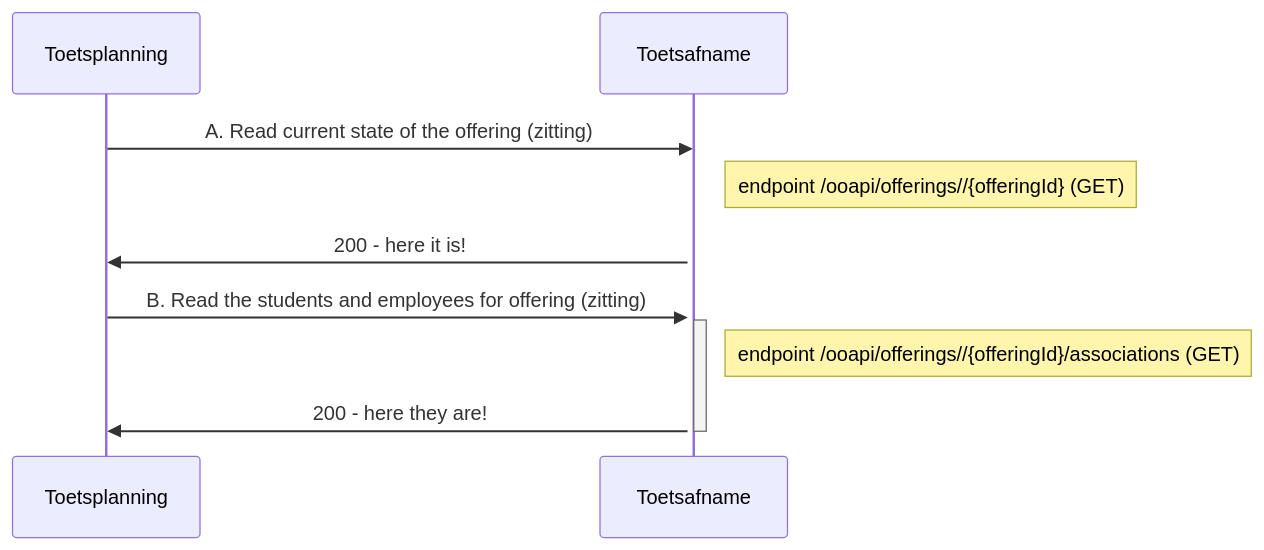
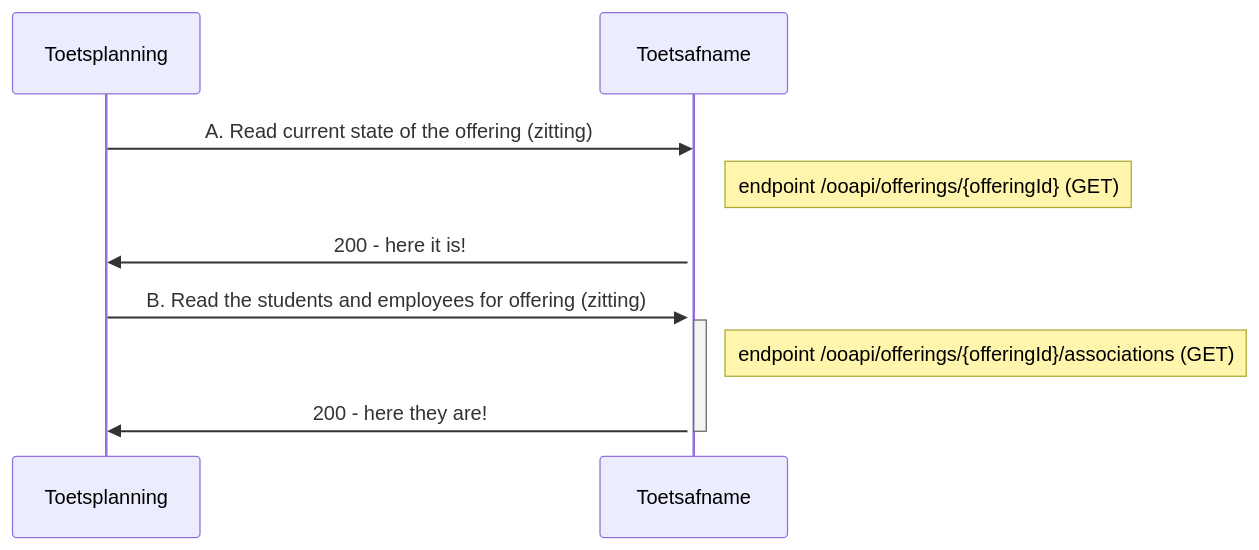
One commit to NetwerkExamineringDigitalisering/NED-OOAPI changed the tenth of 11 diagrams in doc/flow2.md. Above: the diagram before and after it, drawn with Mermaid. The commit also changed other lines of this file and 4 other files, not shown here.

````diff
--- a/doc/flow2.md
+++ b/doc/flow2.md
@@ -459,12 +472,12 @@
 ```mermaid
 sequenceDiagram
     Toetsplanning->>Toetsafname: A. Read current state of the offering (zitting)
     activate Toetsafname
-    Note right of Toetsafname: endpoint /ooapi/offerings//{offeringId} (GET)
+    Note right of Toetsafname: endpoint /ooapi/offerings/{offeringId} (GET)
     Toetsafname->>Toetsplanning: 200 - here it is!
     Toetsplanning->>Toetsafname: B. Read the students and employees for offering (zitting)
     activate Toetsafname
-    Note right of Toetsafname: endpoint /ooapi/offerings//{offeringId}/associations (GET)
+    Note right of Toetsafname: endpoint /ooapi/offerings/{offeringId}/associations (GET)
     Toetsafname->>Toetsplanning: 200 - here they are!
     deactivate Toetsafname
 ```
````
